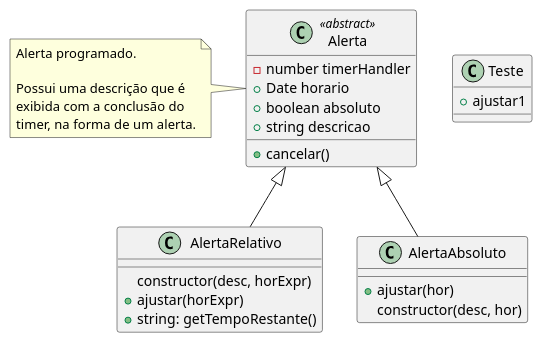
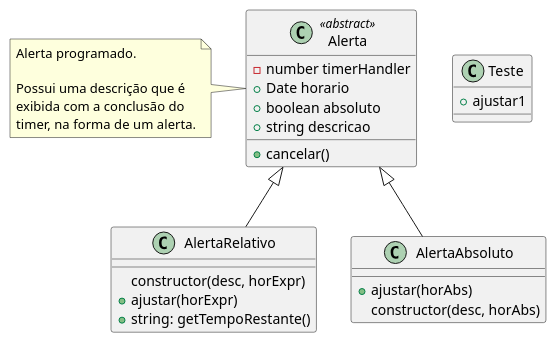
The diagram in classes.puml (rikamishiro/plantuml-demo), drawn with PlantUML before and after one commit.

Commit message:
modificando classe AlertaAbsoluta

```diff
--- a/classes.puml
+++ b/classes.puml
@@ -1,32 +1,32 @@
 @startuml "Classes"
 
 top to bottom direction
 
 class Alerta <<abstract>> {
   - number timerHandler
   + Date horario
   + boolean absoluto
   + string descricao
   + cancelar()
 }
 note left of Alerta : Alerta programado.\n\nPossui uma descrição que é\nexibida com a conclusão do\ntimer, na forma de um alerta.
 
 class AlertaRelativo {
   constructor(desc, horExpr)
   + ajustar(horExpr)
   + string: getTempoRestante()
 }
 
 class AlertaAbsoluto {
-  + ajustar(hor)
-  constructor(desc, hor)
+  + ajustar(horAbs)
+  constructor(desc, horAbs)
 }
 
 class Teste {
   + ajustar1
 }
 
 Alerta <|-- AlertaRelativo
 Alerta <|-- AlertaAbsoluto
 
 @enduml
```
